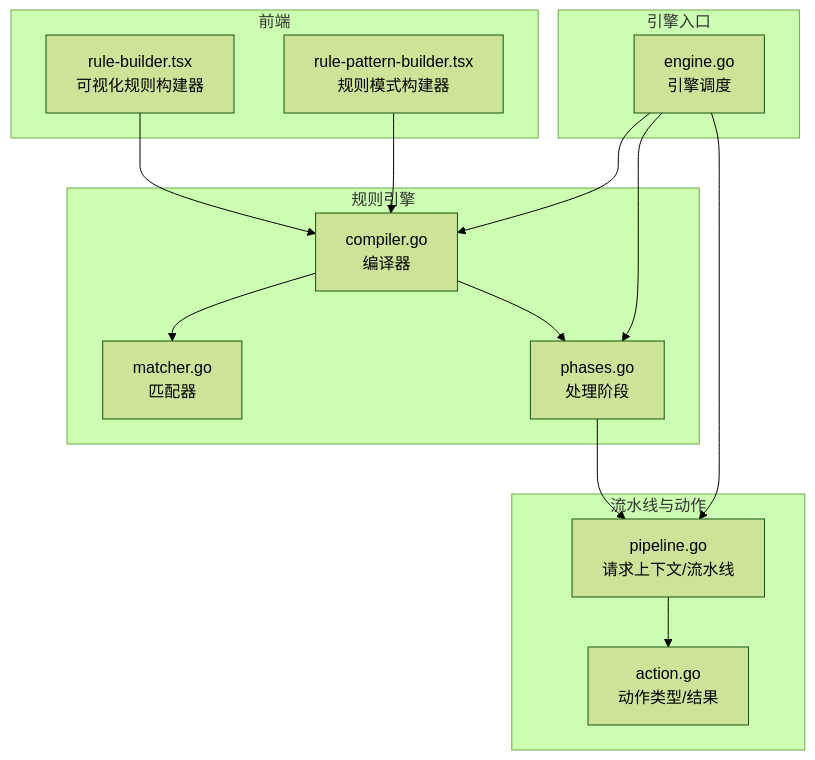
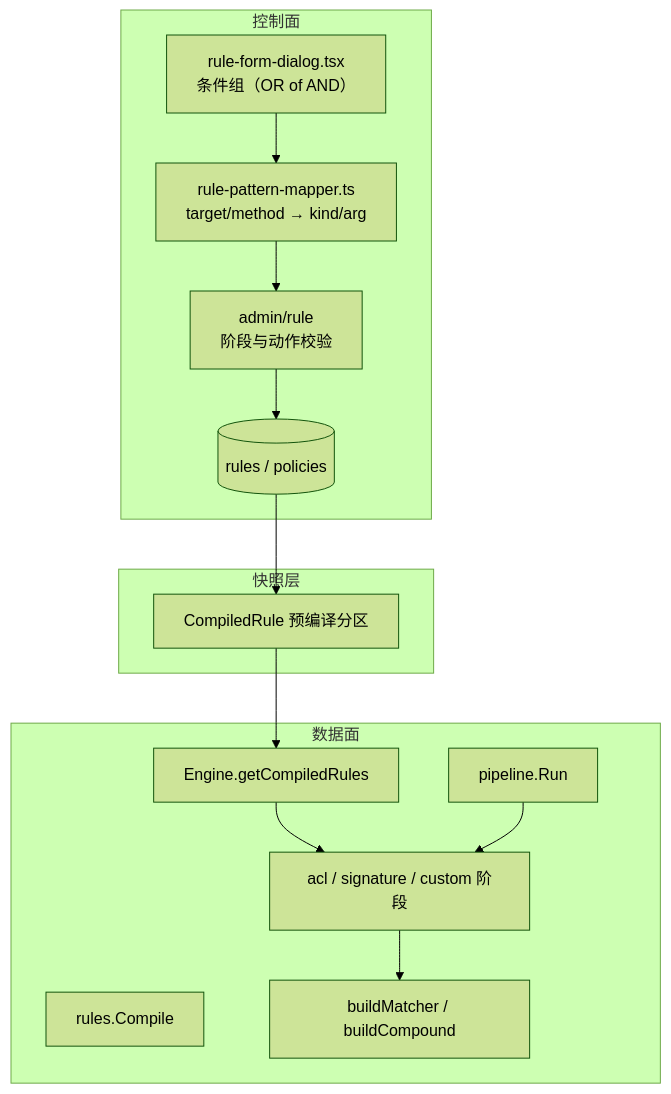
The first of 5 diagrams in docs/安全防护功能/ACL 规则引擎.md (x01n/My-OpenWaf), drawn with Mermaid (forest theme) before and after one commit. The commit also changed other lines of this file and 622 other files, not shown here.

````diff
--- a/docs/安全防护功能/ACL 规则引擎.md
+++ b/docs/安全防护功能/ACL 规则引擎.md
@@ -37,28 +68,23 @@
 ```mermaid
 graph TB
-subgraph "规则引擎"
-C["compiler.go<br/>编译器"]
-M["matcher.go<br/>匹配器"]
-P["phases.go<br/>处理阶段"]
+subgraph "控制面"
+UI["rule-form-dialog.tsx<br/>条件组（OR of AND）"]
+MAP["rule-pattern-mapper.ts<br/>target/method → kind/arg"]
+RUL["admin/rule<br/>阶段与动作校验"]
+DB[("rules / policies")]
 end
-subgraph "流水线与动作"
-L["pipeline.go<br/>请求上下文/流水线"]
-A["action.go<br/>动作类型/结果"]
+subgraph "快照层"
+CR["CompiledRule 预编译分区"]
 end
-subgraph "引擎入口"
-E["engine.go<br/>引擎调度"]
+subgraph "数据面"
+ENG["Engine.getCompiledRules"]
+CMP["rules.Compile"]
+MCH["buildMatcher / buildCompound"]
+PHS["acl / signature / custom 阶段"]
+RUN["pipeline.Run"]
 end
-subgraph "前端"
-FB["rule-builder.tsx<br/>可视化规则构建器"]
-FP["rule-pattern-builder.tsx<br/>规则模式构建器"]
-end
-FB --> C
-FP --> C
-C --> M
-C --> P
-P --> L
-L --> A
-E --> P
-E --> C
-E --> L
+UI --> MAP --> RUL --> DB --> CR --> ENG
+ENG --> PHS
+PHS --> MCH
+RUN --> PHS
 ```
````
